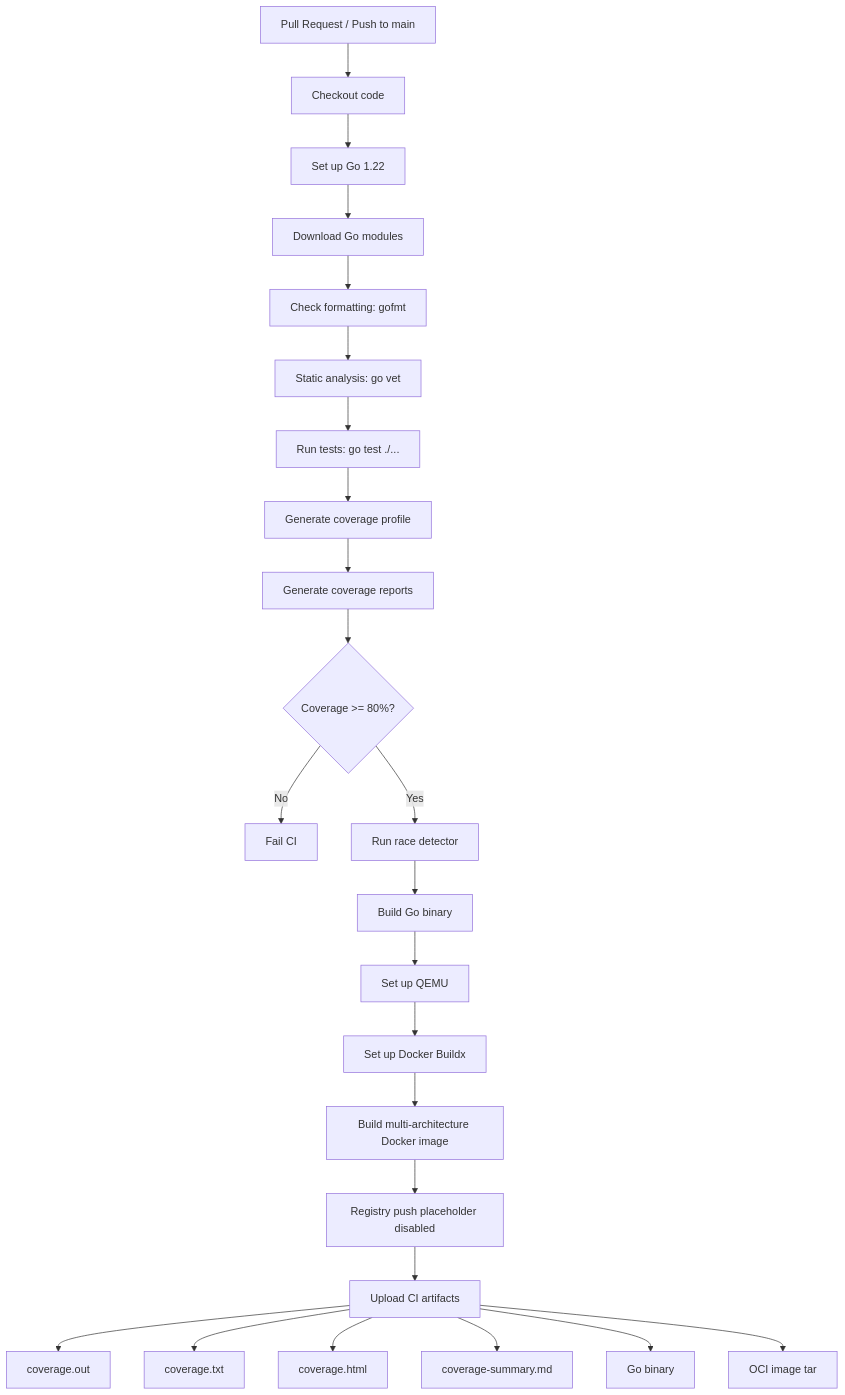
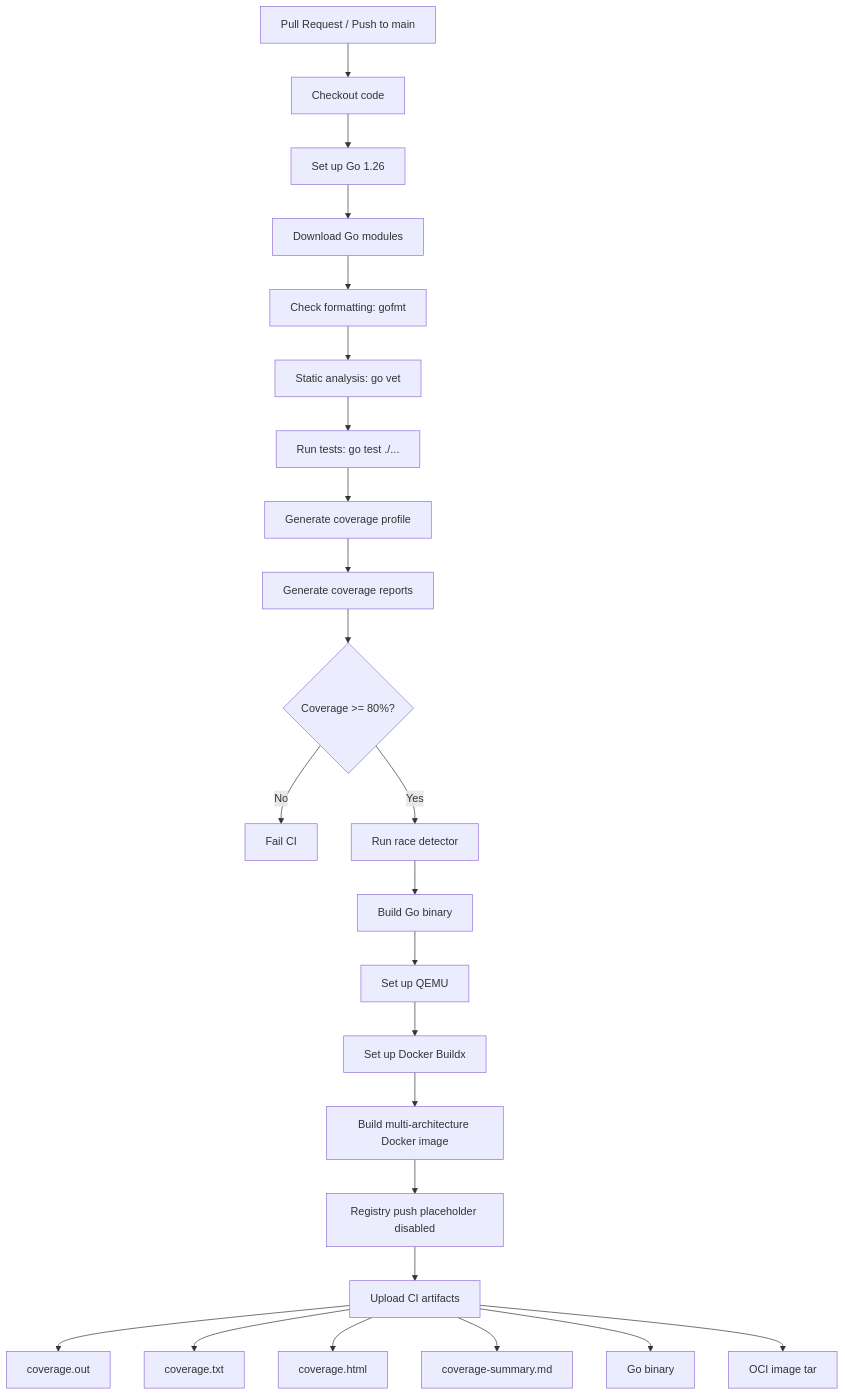
One commit to jiaflu/example-ci-go-backend changed the diagram in README.md. Above: the diagram before and after it, drawn with Mermaid. The commit also changed 6 other files, not shown here.

````diff
--- a/README.md
+++ b/README.md
@@ -37,27 +37,27 @@
 ```mermaid
 flowchart TD
     A["Pull Request / Push to main"] --> B["Checkout code"]
-    B --> C["Set up Go 1.22"]
+    B --> C["Set up Go 1.26"]
     C --> D["Download Go modules"]
     D --> E["Check formatting: gofmt"]
     E --> F["Static analysis: go vet"]
     F --> G["Run tests: go test ./..."]
     G --> H["Generate coverage profile"]
     H --> I["Generate coverage reports"]
     I --> J{"Coverage >= 80%?"}
     J -- "No" --> X["Fail CI"]
     J -- "Yes" --> K["Run race detector"]
     K --> L["Build Go binary"]
     L --> M["Set up QEMU"]
     M --> N["Set up Docker Buildx"]
     N --> O["Build multi-architecture Docker image"]
     O --> P["Registry push placeholder disabled"]
     P --> Q["Upload CI artifacts"]
 
     Q --> R["coverage.out"]
     Q --> S["coverage.txt"]
     Q --> T["coverage.html"]
     Q --> U["coverage-summary.md"]
     Q --> V["Go binary"]
     Q --> W["OCI image tar"]
 ```
````
